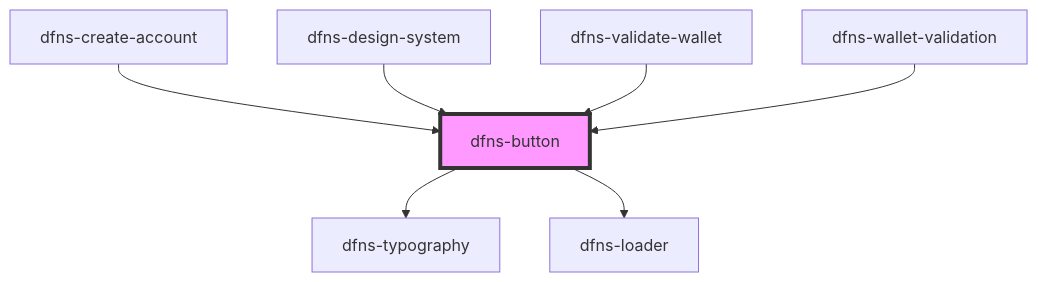
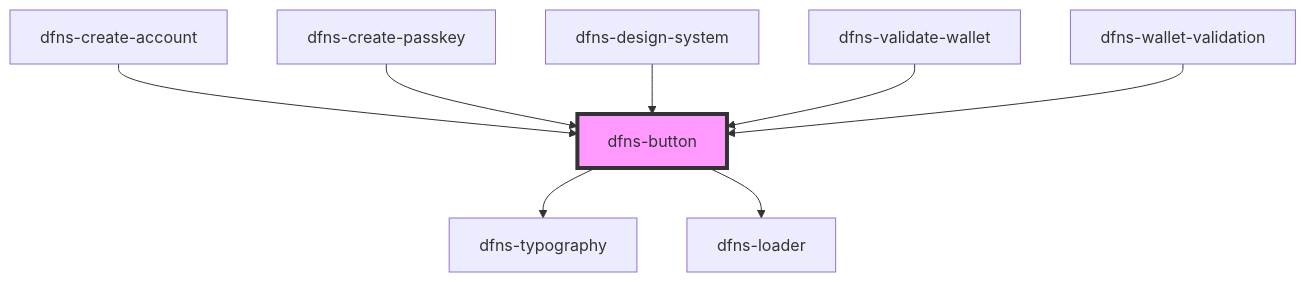
The diagram in src/components/dfns-button/readme.md (dfnsext/web-ui), drawn with Mermaid before and after one commit. The commit also changed other lines of this file and 20 other files, not shown here.

Commit message:
Accor - create-passkey UI integration

````diff
--- a/src/components/dfns-button/readme.md
+++ b/src/components/dfns-button/readme.md
@@ -48,10 +49,11 @@
 ```mermaid
 graph TD;
   dfns-button --> dfns-typography
   dfns-button --> dfns-loader
   dfns-create-account --> dfns-button
+  dfns-create-passkey --> dfns-button
   dfns-design-system --> dfns-button
   dfns-validate-wallet --> dfns-button
   dfns-wallet-validation --> dfns-button
   style dfns-button fill:#f9f,stroke:#333,stroke-width:4px
 ```
````
